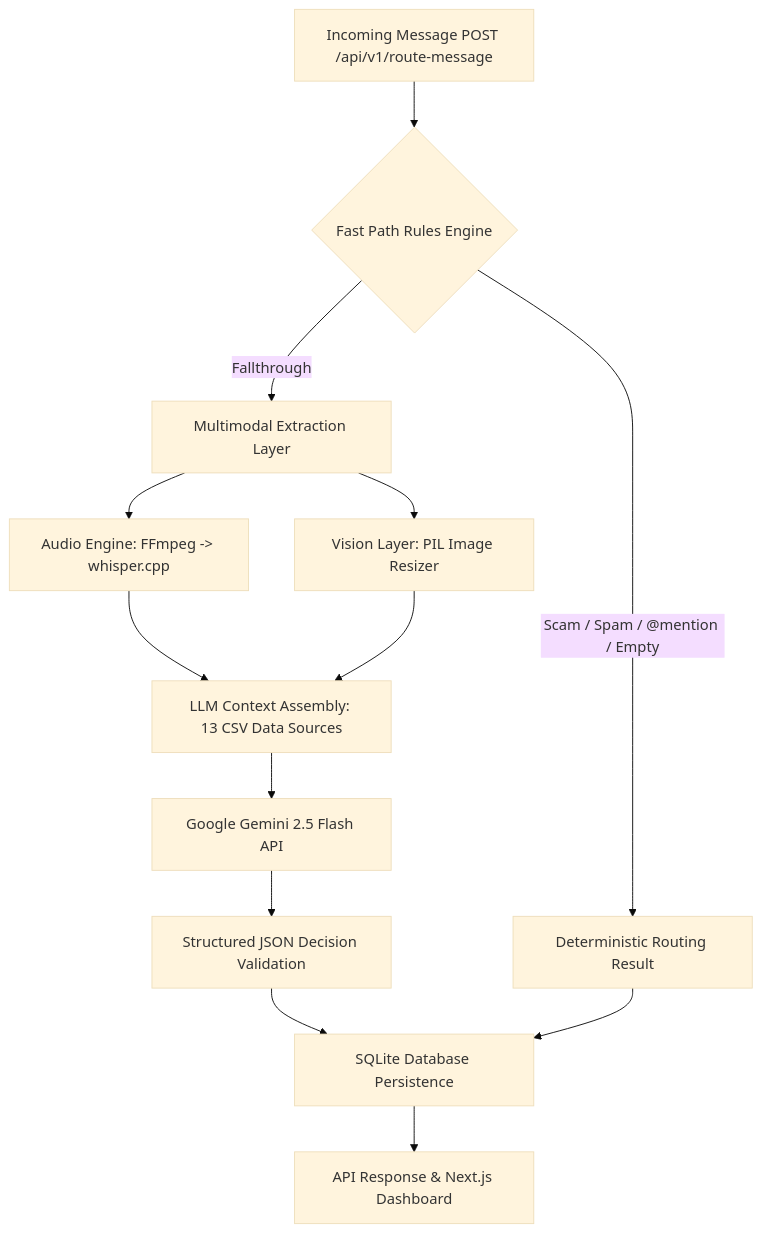
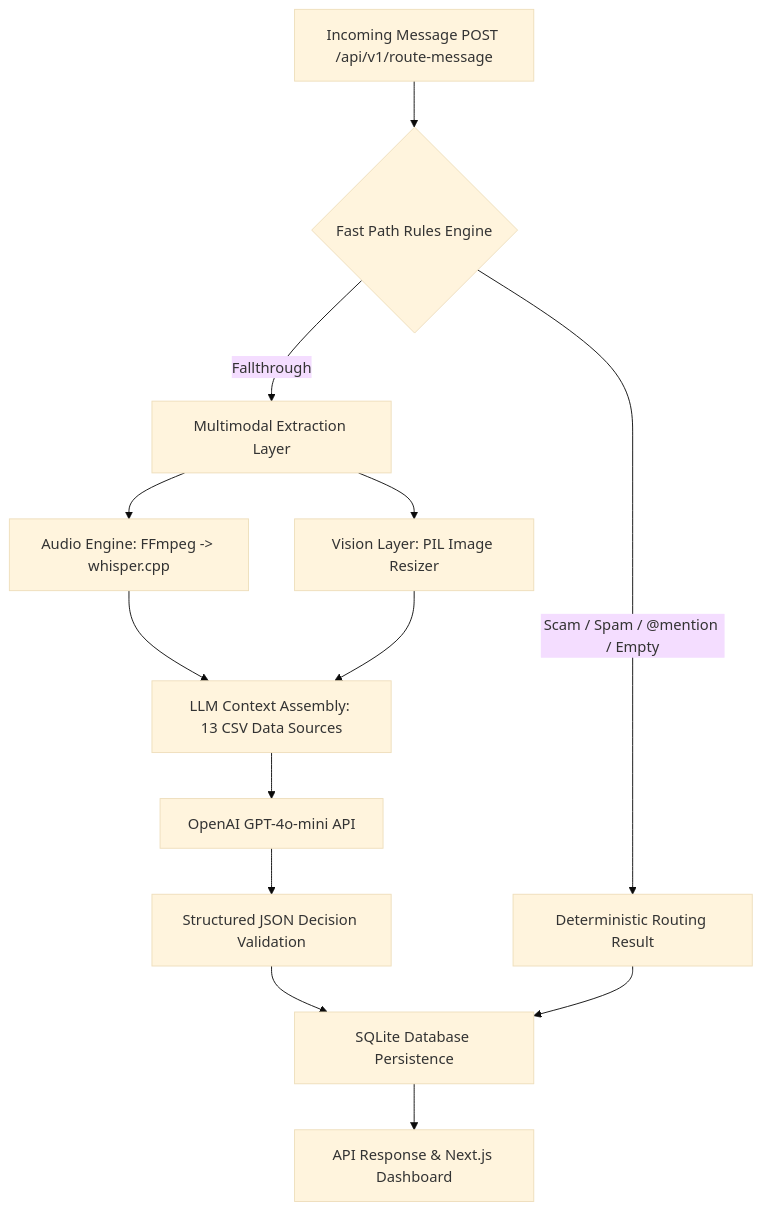
The diagram in README.md (OfficialGamer91023/Orchestrate), drawn with Mermaid (base theme) before and after one commit. The commit also changed other lines of this file and 22 other files, not shown here.

````diff
--- a/README.md
+++ b/README.md
@@ -14,15 +14,15 @@
 ```mermaid
 flowchart TD
     A[Incoming Message POST /api/v1/route-message] --> B{Fast Path Rules Engine}
     B -- Scam / Spam / @mention / Empty --> C[Deterministic Routing Result]
     B -- Fallthrough --> D[Multimodal Extraction Layer]
     D --> E[Audio Engine: FFmpeg -> whisper.cpp]
     D --> F[Vision Layer: PIL Image Resizer]
     E --> G[LLM Context Assembly: 13 CSV Data Sources]
     F --> G
-    G --> H[Google Gemini 2.5 Flash API]
+    G --> H[OpenAI GPT-4o-mini API]
     H --> I[Structured JSON Decision Validation]
     I --> J[SQLite Database Persistence]
     C --> J
     J --> K[API Response & Next.js Dashboard]
 ```
````
